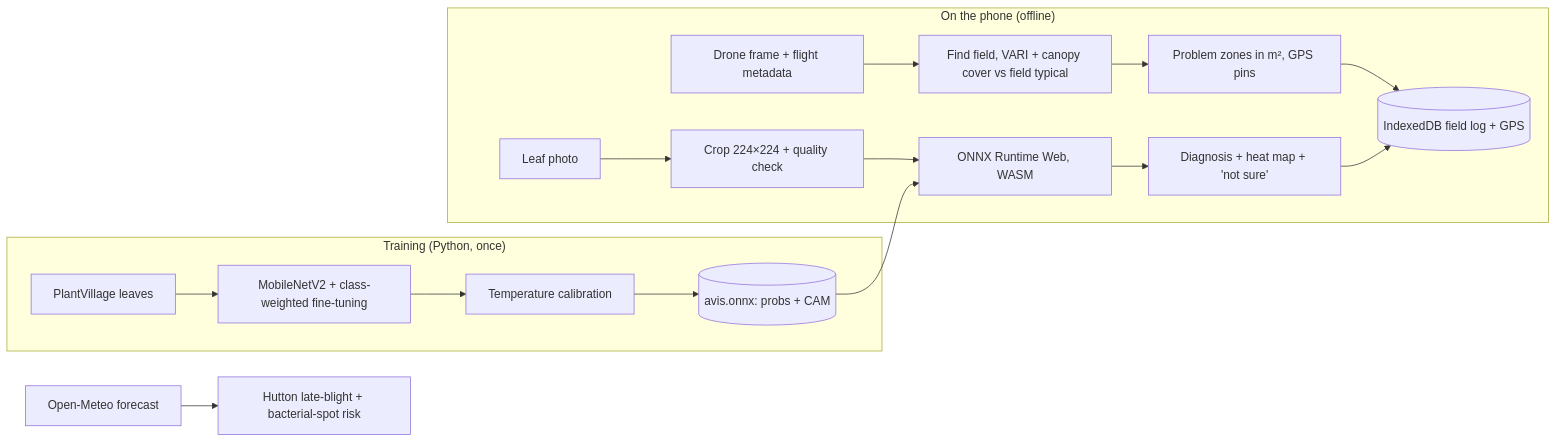
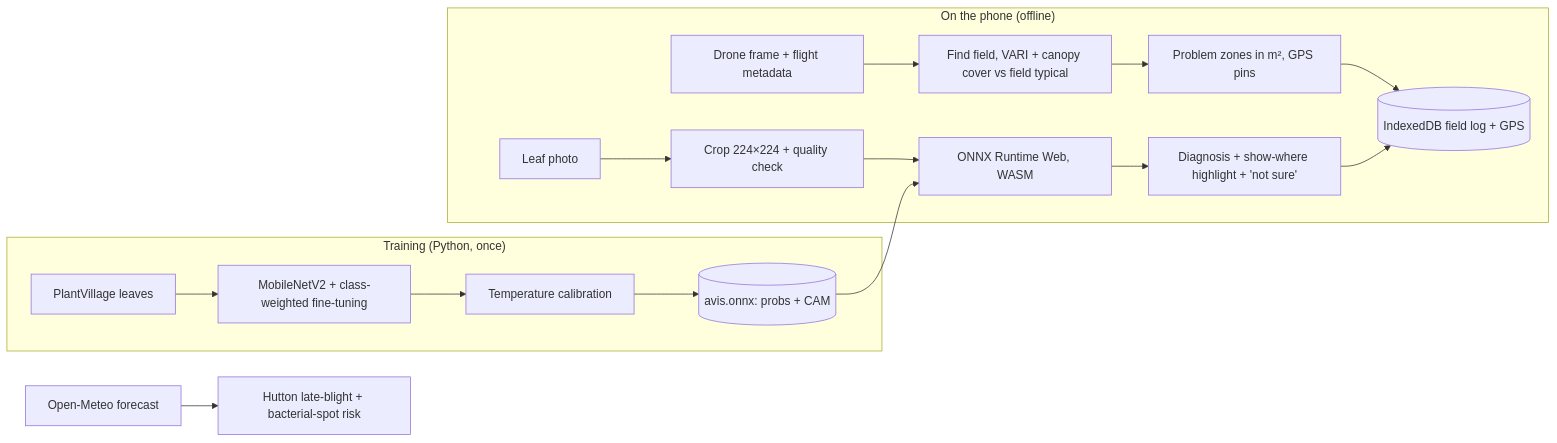
One commit to khushi-agg/crophealth-ai changed the diagram in README.md. Above: the diagram before and after it, drawn with Mermaid. The commit also changed other lines of this file and 2 other files, not shown here.

Commit message:
Remove leaf heat map from README, video script and screenshots

````diff
--- a/README.md
+++ b/README.md
@@ -107,19 +99,19 @@
 ```mermaid
 flowchart LR
   subgraph Train["Training (Python, once)"]
     A[PlantVillage leaves] --> B[MobileNetV2 + class-weighted fine-tuning]
     B --> C[Temperature calibration]
     C --> D[(avis.onnx: probs + CAM)]
   end
   subgraph Phone["On the phone (offline)"]
     E[Leaf photo] --> G[Crop 224×224 + quality check]
     F[Drone frame + flight metadata] --> H[Find field, VARI + canopy cover vs field typical]
     H --> K2[Problem zones in m², GPS pins]
     K2 --> K
     G --> I[ONNX Runtime Web, WASM]
     D --> I
-    I --> J[Diagnosis + heat map + 'not sure']
+    I --> J[Diagnosis + show-where highlight + 'not sure']
     J --> K[(IndexedDB field log + GPS)]
   end
   W[Open-Meteo forecast] --> R[Hutton late-blight + bacterial-spot risk]
 ```
````
